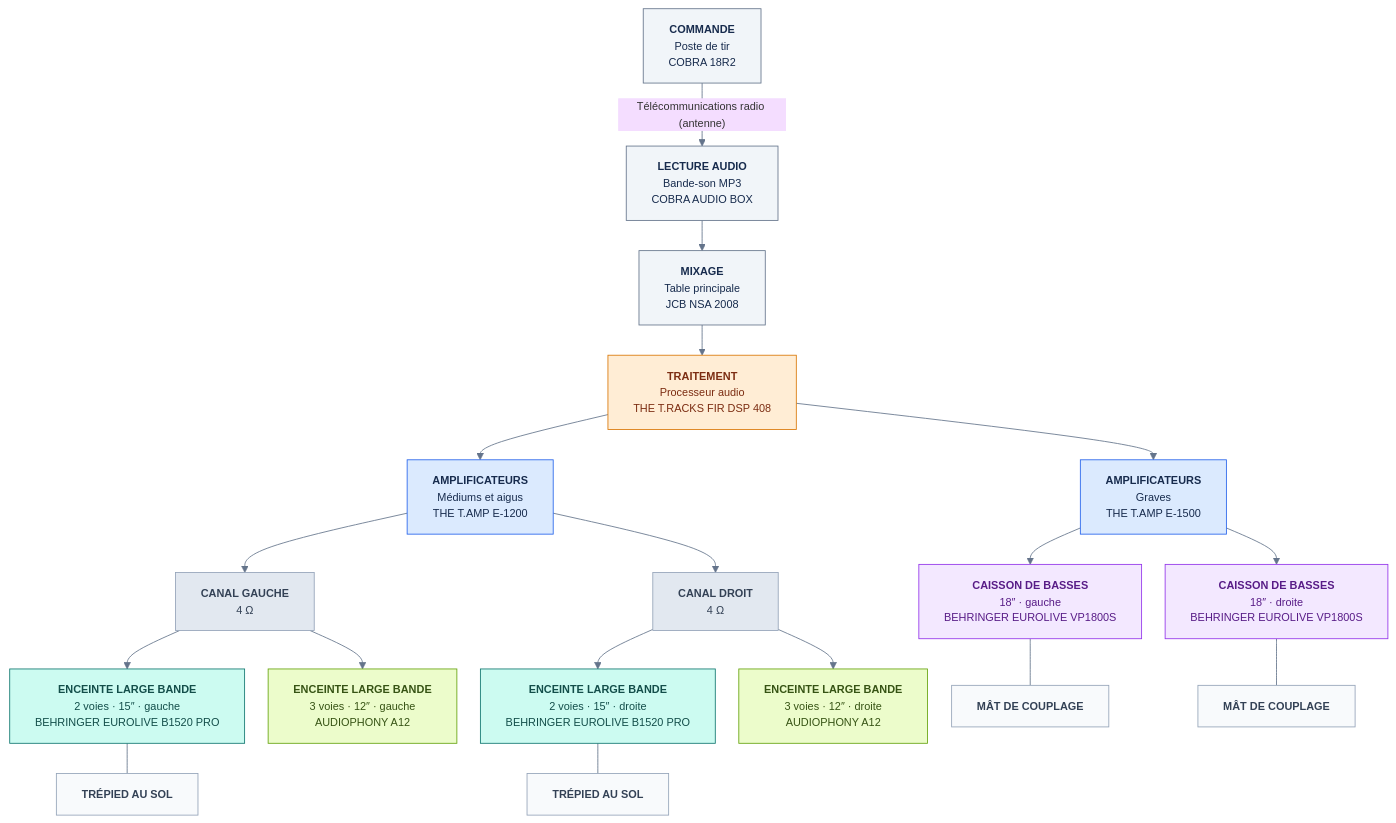
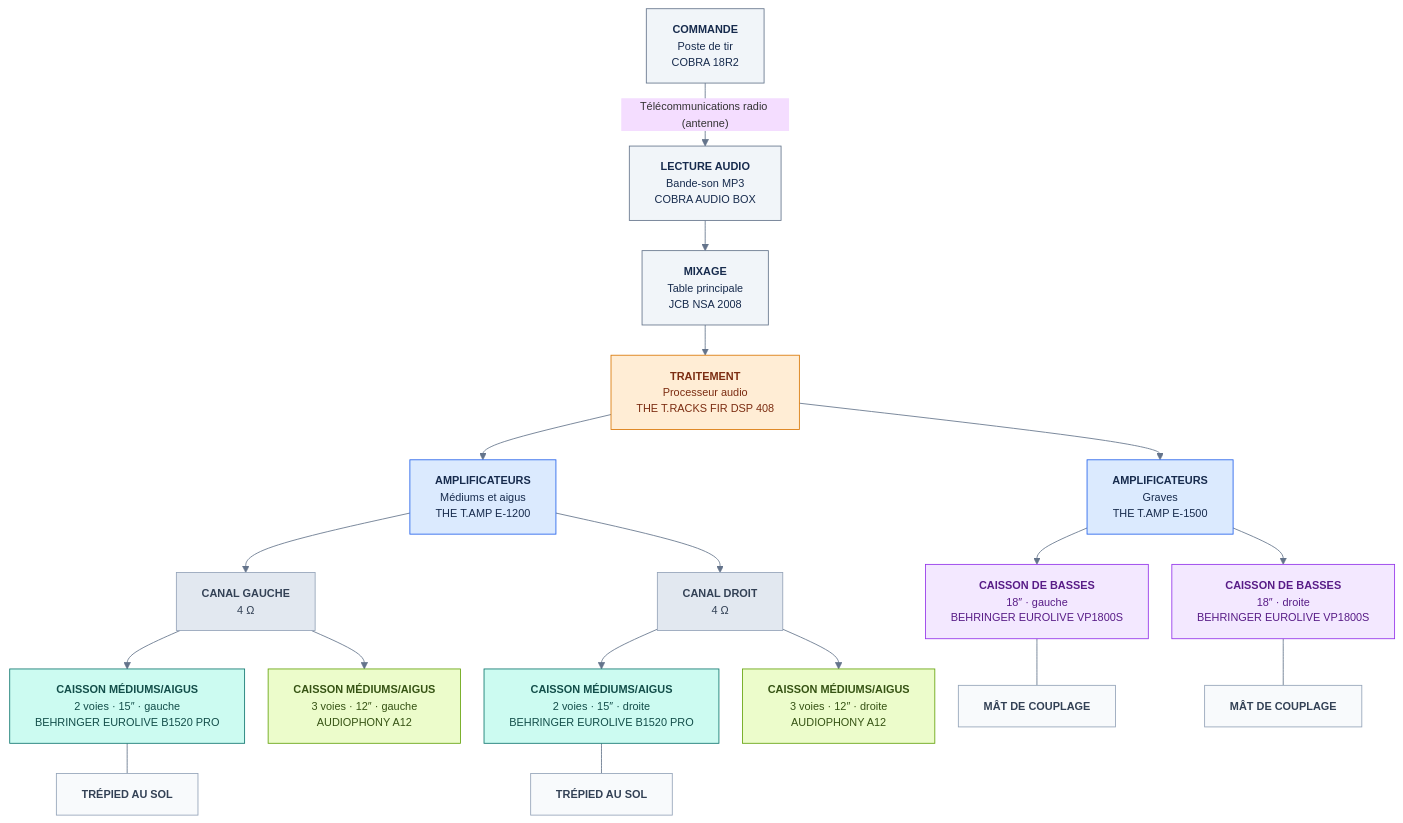
One commit to HAZIT-FR/PGE-SONO changed the first of 3 diagrams in README.md. Above: the diagram before and after it, drawn with Mermaid.

Commit message:
docs: renommer les blocs médiums/aigus dans le schéma audio

```diff
--- a/README.md
+++ b/README.md
@@ -34,58 +34,58 @@
 ~~~mermaid
 %%{init: {"flowchart": {"nodeSpacing": 28, "rankSpacing": 36, "htmlLabels": true, "wrappingWidth": 320}, "theme": "base", "themeVariables": {"fontSize": "13px", "lineColor": "#64748b"}}}%%
 flowchart TB
   A["<b>COMMANDE</b><br/>Poste de tir<br/>COBRA 18R2"]
   B["<b>LECTURE AUDIO</b><br/>Bande-son MP3<br/>COBRA AUDIO BOX"]
   C["<b>MIXAGE</b><br/>Table principale<br/>JCB NSA 2008"]
   D["<b>TRAITEMENT</b><br/>Processeur audio<br/>THE T.RACKS FIR DSP 408"]
   E["<b>AMPLIFICATEURS</b><br/>Médiums et aigus<br/>THE T.AMP E-1200"]
   F["<b>AMPLIFICATEURS</b><br/>Graves<br/>THE T.AMP E-1500"]
   LG["<b>CANAL GAUCHE</b><br/>4 Ω"]
   LD["<b>CANAL DROIT</b><br/>4 Ω"]
-  BG["<b>ENCEINTE LARGE BANDE</b><br/>2 voies · 15″ · gauche<br/>BEHRINGER EUROLIVE B1520 PRO"]
-  BD["<b>ENCEINTE LARGE BANDE</b><br/>2 voies · 15″ · droite<br/>BEHRINGER EUROLIVE B1520 PRO"]
-  AG["<b>ENCEINTE LARGE BANDE</b><br/>3 voies · 12″ · gauche<br/>AUDIOPHONY A12"]
-  AD["<b>ENCEINTE LARGE BANDE</b><br/>3 voies · 12″ · droite<br/>AUDIOPHONY A12"]
+  BG["<b>CAISSON MÉDIUMS/AIGUS</b><br/>2 voies · 15″ · gauche<br/>BEHRINGER EUROLIVE B1520 PRO"]
+  BD["<b>CAISSON MÉDIUMS/AIGUS</b><br/>2 voies · 15″ · droite<br/>BEHRINGER EUROLIVE B1520 PRO"]
+  AG["<b>CAISSON MÉDIUMS/AIGUS</b><br/>3 voies · 12″ · gauche<br/>AUDIOPHONY A12"]
+  AD["<b>CAISSON MÉDIUMS/AIGUS</b><br/>3 voies · 12″ · droite<br/>AUDIOPHONY A12"]
   SG["<b>CAISSON DE BASSES</b><br/>18″ · gauche<br/>BEHRINGER EUROLIVE VP1800S"]
   SD["<b>CAISSON DE BASSES</b><br/>18″ · droite<br/>BEHRINGER EUROLIVE VP1800S"]
 
   TG["<b>TRÉPIED AU SOL</b>"]
   TD["<b>TRÉPIED AU SOL</b>"]
   MG["<b>MÂT DE COUPLAGE</b>"]
   MD["<b>MÂT DE COUPLAGE</b>"]
 
   A -- "Télécommunications radio (antenne)" --> B
   B --> C --> D
   D --> E
   D --> F
   E --> LG
   E --> LD
   LG --> BG
   LG --> AG
   LD --> BD
   LD --> AD
   F --> SG
   F --> SD
 
   BG --- TG
   BD --- TD
   SG --- MG
   SD --- MD
 
   classDef commande fill:#f1f5f9,stroke:#64748b,color:#172b4d;
   classDef processeur fill:#ffedd5,stroke:#d97706,color:#7c2d12;
   classDef amplis fill:#dbeafe,stroke:#2563eb,color:#172b4d;
   classDef canaux fill:#e2e8f0,stroke:#94a3b8,color:#334155;
   classDef principales fill:#ccfbf1,stroke:#0f766e,color:#134e4a;
   classDef appoint fill:#ecfccb,stroke:#65a30d,color:#365314;
   classDef basses fill:#f3e8ff,stroke:#9333ea,color:#581c87;
   classDef support fill:#f8fafc,stroke:#94a3b8,color:#334155;
   class A,B,C commande;
   class D processeur;
   class E,F amplis;
   class LG,LD canaux;
   class BG,BD principales;
   class AG,AD appoint;
   class SG,SD basses;
   class TG,TD,MG,MD support;
 ~~~
```
